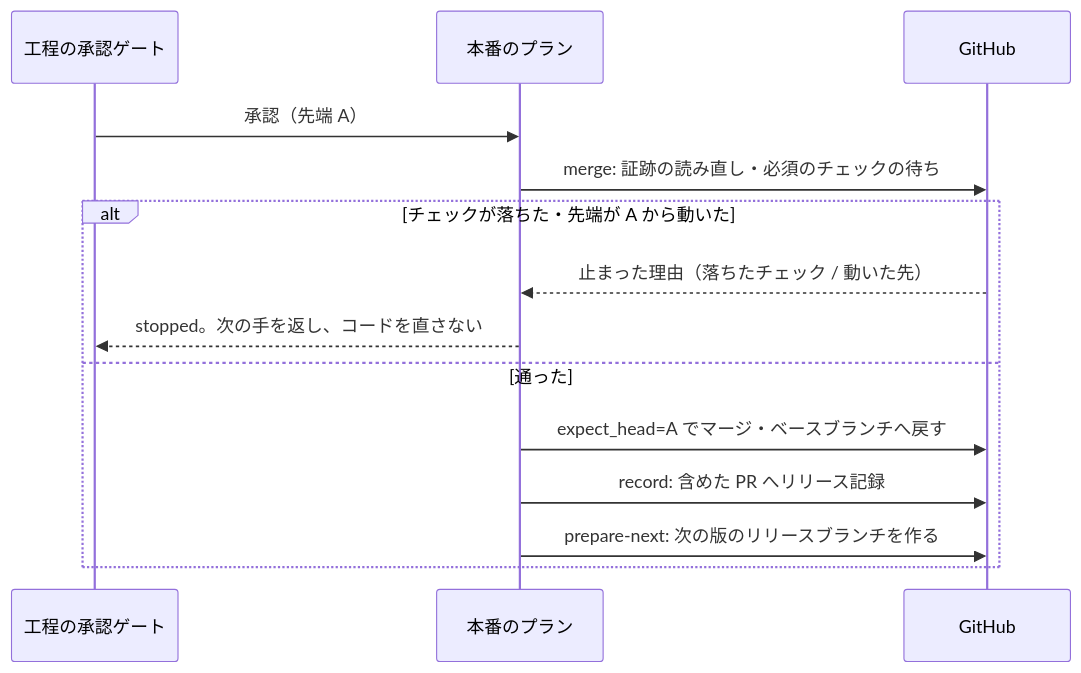
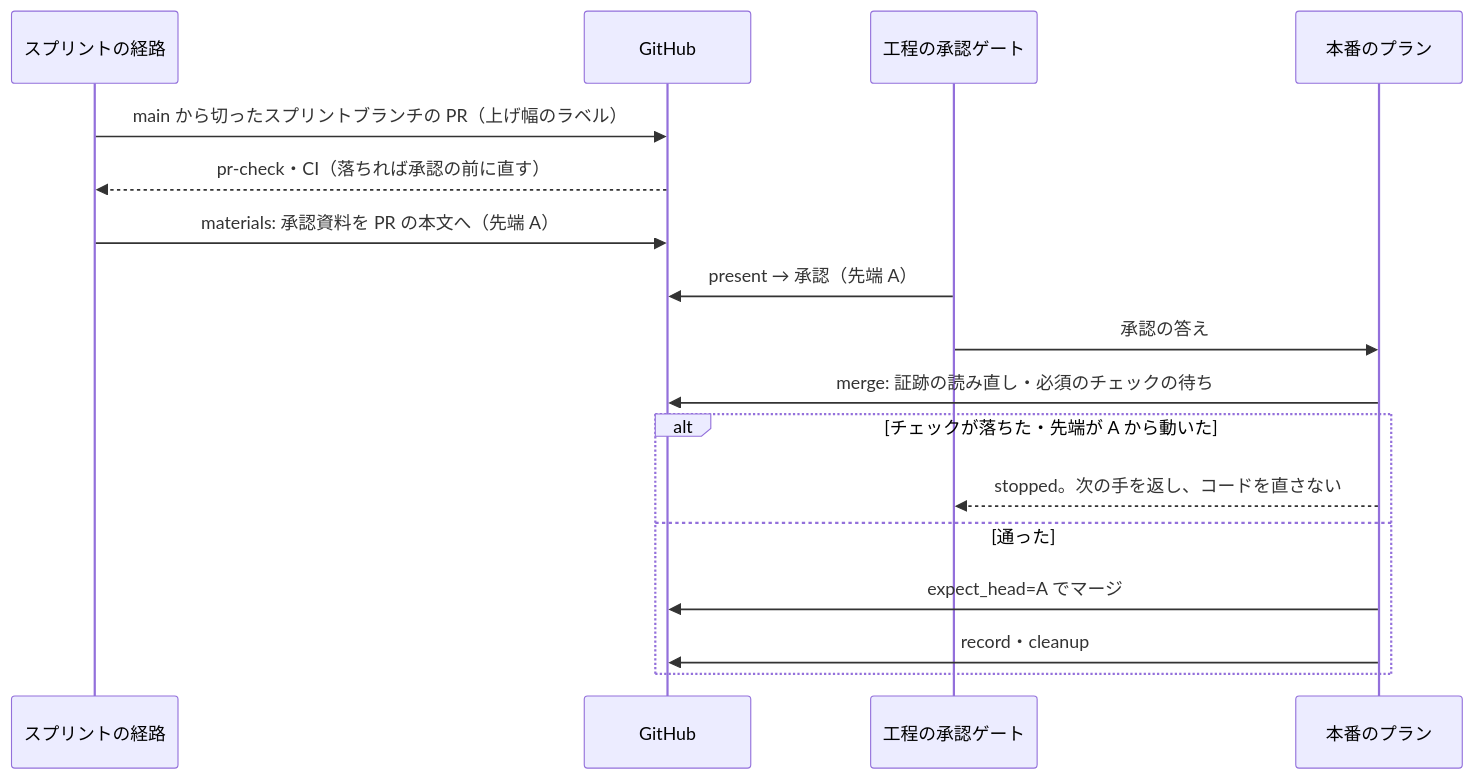
Before and after one commit to devbasex/ai-plugins: the second of 4 diagrams in issues/issue-3572-design.md, drawn with Mermaid. The commit also changed other lines of this file and 3 other files, not shown here.

First line of the commit message:
Docs: #3572 の設計を GitHub flow の土台で書き直す

````diff
--- a/issues/issue-3572-design.md
+++ b/issues/issue-3572-design.md
@@ -211,16 +297,19 @@
 ```mermaid
 sequenceDiagram
-    participant S as 工程の承認ゲート
+    participant S as スプリントの経路
+    participant H as GitHub
+    participant G as 工程の承認ゲート
     participant P as 本番のプラン
-    participant H as GitHub
-    S->>P: 承認（先端 A）
+    S->>H: main から切ったスプリントブランチの PR（上げ幅のラベル）
+    H-->>S: pr-check・CI（落ちれば承認の前に直す）
+    S->>H: materials: 承認資料を PR の本文へ（先端 A）
+    G->>H: present → 承認（先端 A）
+    G->>P: 承認の答え
     P->>H: merge: 証跡の読み直し・必須のチェックの待ち
     alt チェックが落ちた・先端が A から動いた
-        H-->>P: 止まった理由（落ちたチェック / 動いた先）
-        P-->>S: stopped。次の手を返し、コードを直さない
+        P-->>G: stopped。次の手を返し、コードを直さない
     else 通った
-        P->>H: expect_head=A でマージ・ベースブランチへ戻す
-        P->>H: record: 含めた PR へリリース記録
-        P->>H: prepare-next: 次の版のリリースブランチを作る
+        P->>H: expect_head=A でマージ
+        P->>H: record・cleanup
     end
 ```
````
